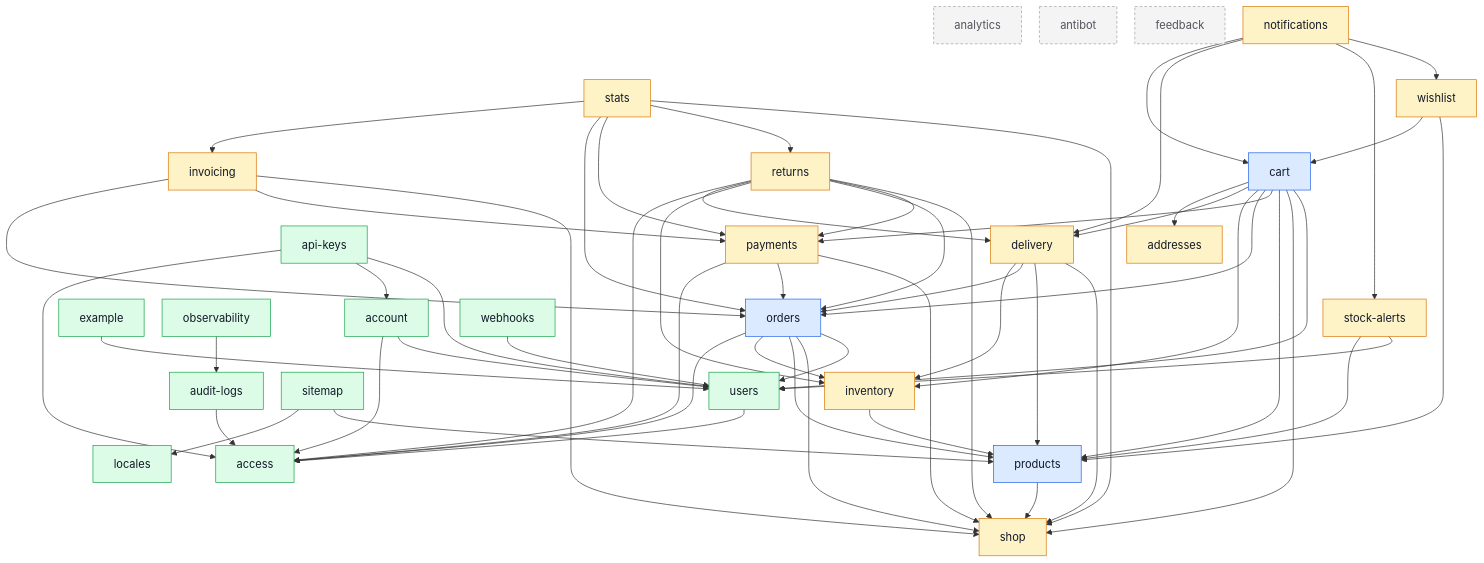
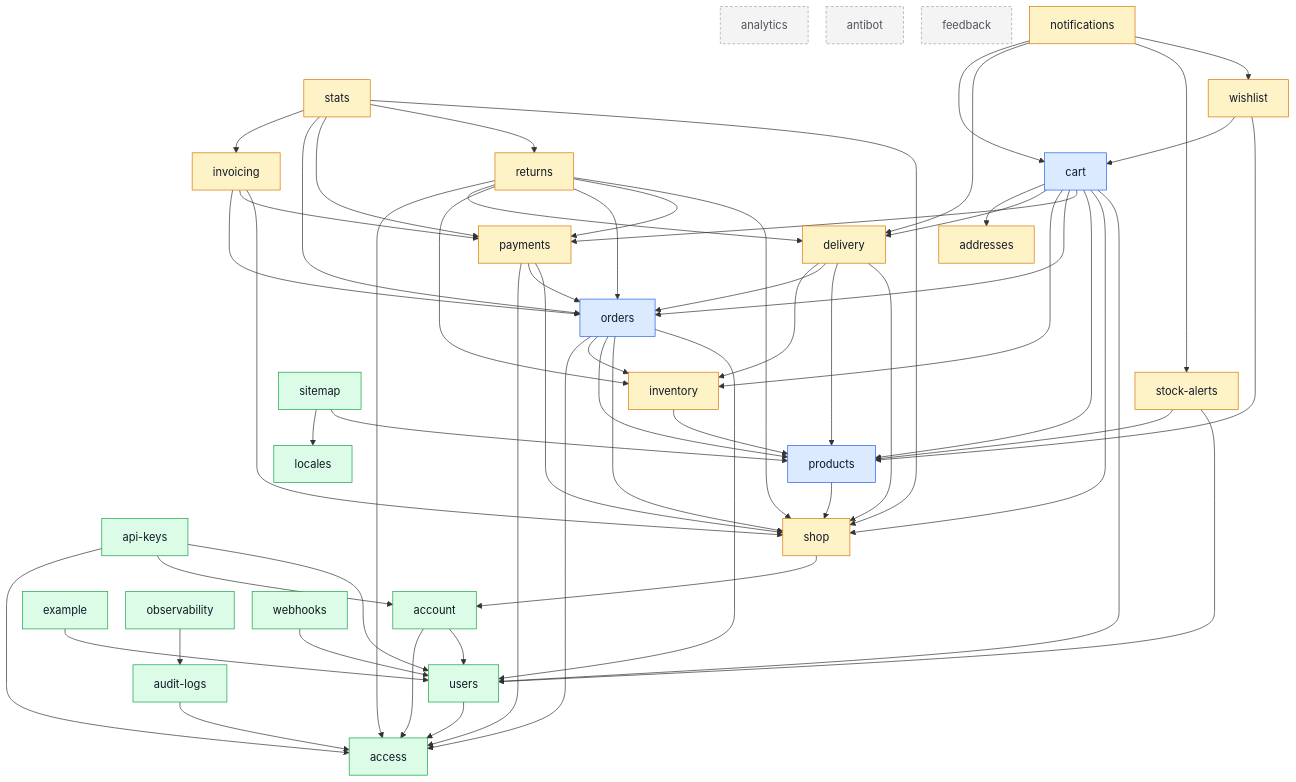
The diagram in docs/modules/index.md (Guebbit/boilerplate-node-backend), drawn with Mermaid before and after one commit. The commit also changed other lines of this file and 16 other files, not shown here.

```diff
--- a/docs/modules/index.md
+++ b/docs/modules/index.md
@@ -111,6 +111,7 @@
     returns --> orders
     returns --> payments
     returns --> shop
+    shop --> account
     sitemap --> locales
     sitemap --> products
     stats --> invoicing
```
